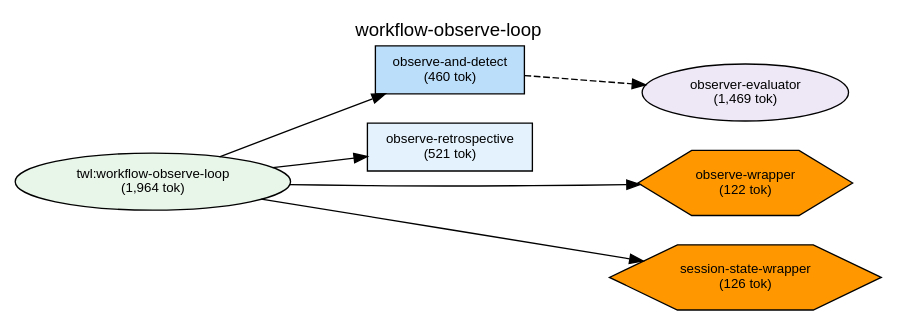
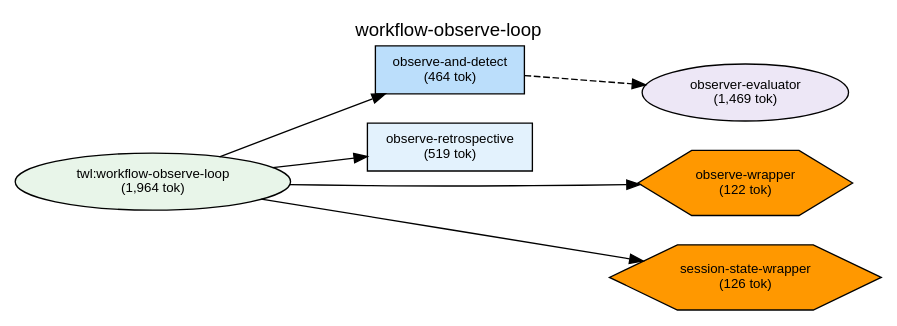
One commit to shuu5/twill changed the diagram in plugins/twl/docs/deps-workflow-observe-loop.dot. Above: the diagram before and after it, drawn with Graphviz. The commit also changed 40 other files, not shown here.

```diff
--- a/plugins/twl/docs/deps-workflow-observe-loop.dot
+++ b/plugins/twl/docs/deps-workflow-observe-loop.dot
@@ -1,57 +1,57 @@
 digraph Dependencies {
     // Graph settings
     rankdir=LR;
     ranksep=0.8;
     nodesep=0.3;
     fontname="Helvetica";
     node [fontname="Helvetica", fontsize=10];
     edge [fontname="Helvetica", fontsize=9];
     label="workflow-observe-loop";
     labelloc=t;
     fontsize=14;
 
     // L0: Controller Skills
 
     // L0: Launchers
 
     // L0.5: Workflow Skills
     skill_workflow_observe_loop [label="twl:workflow-observe-loop\n(1,964 tok)", shape=ellipse, style=filled, fillcolor="#e8f5e9"];
 
     // Reference Skills
 
     // L1: Direct Commands
-    cmd_observe_and_detect [label="observe-and-detect\n(460 tok)", shape=box, style=filled, fillcolor="#bbdefb"];
-    cmd_observe_retrospective [label="observe-retrospective\n(521 tok)", shape=box, style=filled, fillcolor="#e3f2fd"];
+    cmd_observe_and_detect [label="observe-and-detect\n(464 tok)", shape=box, style=filled, fillcolor="#bbdefb"];
+    cmd_observe_retrospective [label="observe-retrospective\n(519 tok)", shape=box, style=filled, fillcolor="#e3f2fd"];
 
     // L2: Sub Commands
 
     // L3: Agents
     agent_observer_evaluator [label="observer-evaluator\n(1,469 tok)", shape=ellipse, style=filled, fillcolor="#ede7f6"];
 
     // L3.5: Scripts
     script_observe_wrapper [label="observe-wrapper\n(122 tok)", shape=hexagon, style=filled, fillcolor="#FF9800"];
     script_session_state_wrapper [label="session-state-wrapper\n(126 tok)", shape=hexagon, style=filled, fillcolor="#FF9800"];
 
     // L4: External
 
     // Layer constraints
     { rank=same; skill_workflow_observe_loop; }
     { rank=same; cmd_observe_and_detect; cmd_observe_retrospective; }
     { rank=same; agent_observer_evaluator; }
     { rank=same; script_observe_wrapper; script_session_state_wrapper; }
 
     // Edges
     skill_workflow_observe_loop -> cmd_observe_and_detect;
     skill_workflow_observe_loop -> cmd_observe_retrospective;
     skill_workflow_observe_loop -> script_observe_wrapper;
     skill_workflow_observe_loop -> script_session_state_wrapper;
     cmd_observe_and_detect -> agent_observer_evaluator [style=dashed];
 
     // Ordering constraints (invisible edges)
     cmd_observe_retrospective -> agent_observer_evaluator [style=invis, weight=10];
     cmd_observe_and_detect -> cmd_observe_retrospective [style=invis, weight=10];
     cmd_observe_retrospective -> script_observe_wrapper [style=invis, weight=10];
     script_observe_wrapper -> script_session_state_wrapper [style=invis, weight=10];
     script_observe_wrapper -> script_session_state_wrapper [style=invis, weight=10];
 
 }
```
